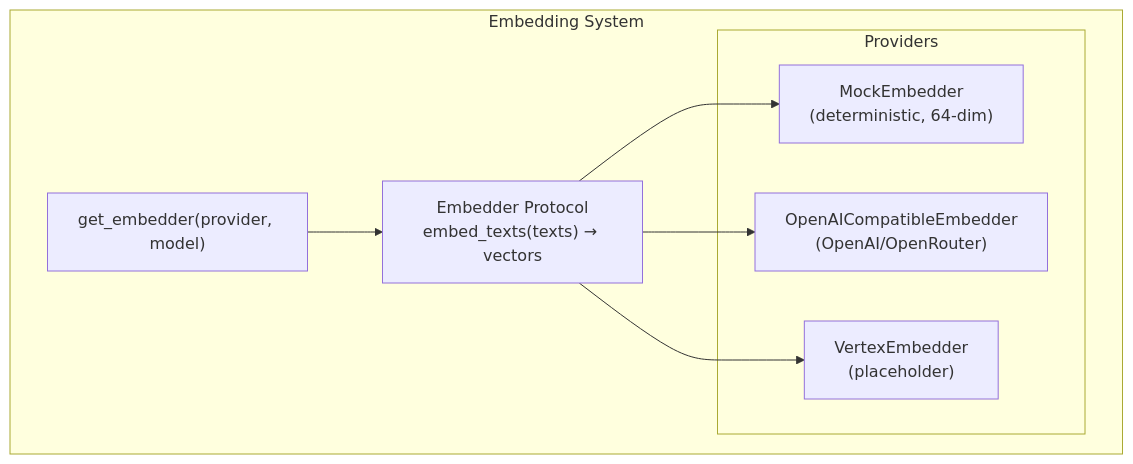
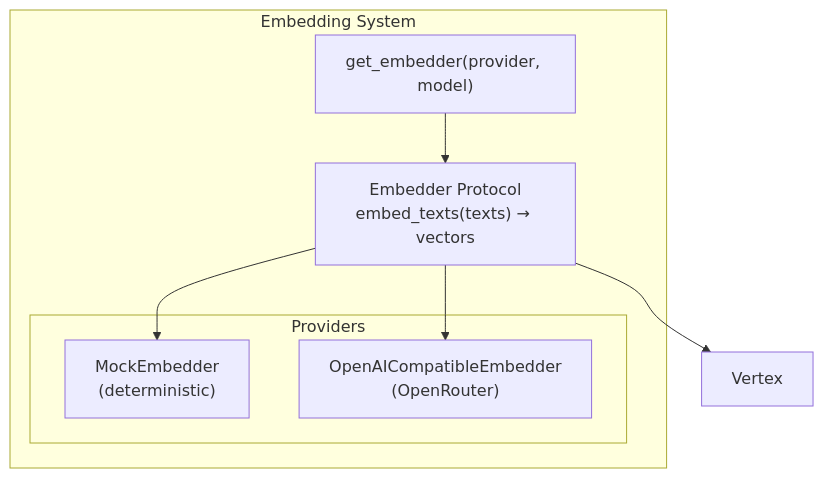
Before and after one commit to a1amit/CourseLLM-Firebase: the seventh of 17 diagrams in services/ingestion/ARCHITECTURE.md, drawn with Mermaid. The commit also changed other lines of this file, not shown here.

````diff
--- a/services/ingestion/ARCHITECTURE.md
+++ b/services/ingestion/ARCHITECTURE.md
@@ -417,19 +417,18 @@
 ```mermaid
 flowchart TB
     subgraph EmbeddingSystem["Embedding System"]
         Interface["Embedder Protocol<br/>embed_texts(texts) → vectors"]
         
         subgraph Providers["Providers"]
-            Mock["MockEmbedder<br/>(deterministic, 64-dim)"]
-            OpenAI["OpenAICompatibleEmbedder<br/>(OpenAI/OpenRouter)"]
-            Vertex["VertexEmbedder<br/>(placeholder)"]
+            Mock["MockEmbedder<br/>(deterministic)"]
+            OpenAI["OpenAICompatibleEmbedder<br/>(OpenRouter)"]
         end
         
         Factory["get_embedder(provider, model)"]
     end
     
     Factory --> Interface
     Interface --> Mock
     Interface --> OpenAI
     Interface --> Vertex
 ```
````
